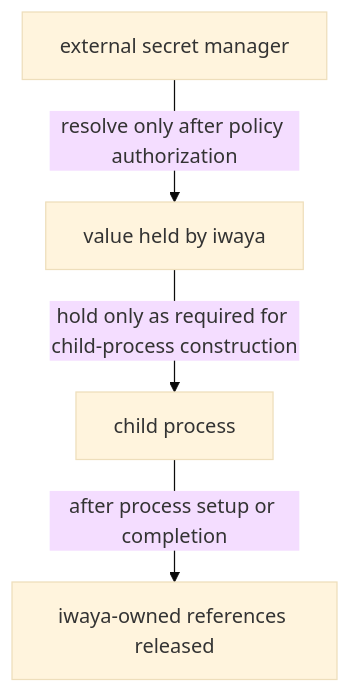
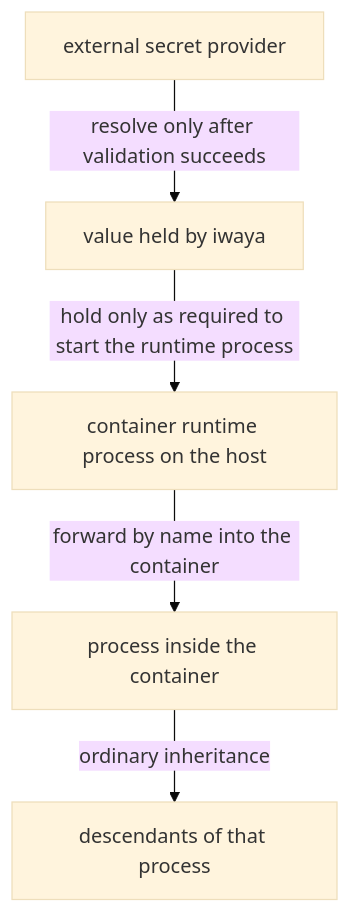
Before and after one commit to tooppoo/iwaya: the diagram in docs/design/security-model.md, drawn with Mermaid (base theme). The commit also changed other lines of this file, not shown here.

````diff
--- a/docs/design/security-model.md
+++ b/docs/design/security-model.md
@@ -48,11 +50,13 @@
 ```mermaid
 flowchart TD
-    manager["external secret manager"]
+    provider["external secret provider"]
     held["value held by iwaya"]
-    child["child process"]
-    released["iwaya-owned references released"]
+    runtime["container runtime process on the host"]
+    container["process inside the container"]
+    descendants["descendants of that process"]
 
-    manager -->|"resolve only after policy authorization"| held
-    held -->|"hold only as required for child-process construction"| child
-    child -->|"after process setup or completion"| released
+    provider -->|"resolve only after validation succeeds"| held
+    held -->|"hold only as required to start the runtime process"| runtime
+    runtime -->|"forward by name into the container"| container
+    container -->|"ordinary inheritance"| descendants
 ```
````
